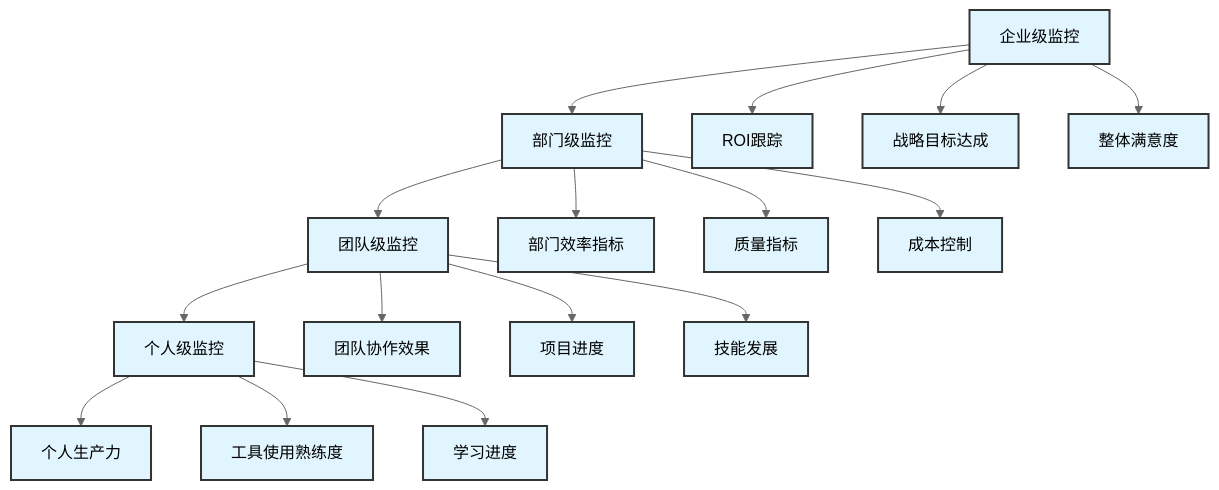
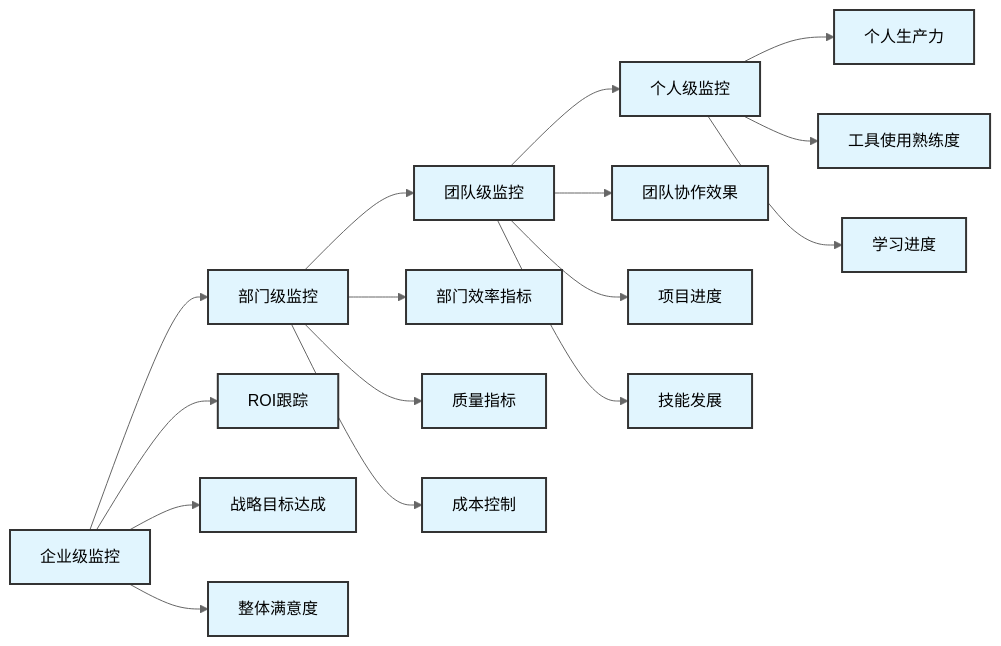
The fourth of 4 diagrams in docs/chapters/13-monitoring-evaluation-continuous-improvement.md (Coldplay-now/ai-ide-guide-core), drawn with Mermaid (neutral theme) before and after one commit. The commit also changed 12 other files, not shown here.

````diff
--- a/docs/chapters/13-monitoring-evaluation-continuous-improvement.md
+++ b/docs/chapters/13-monitoring-evaluation-continuous-improvement.md
@@ -2551,23 +2551,23 @@
 ```mermaid
-graph TB
+graph LR
     A[企业级监控] --> B[部门级监控]
     B --> C[团队级监控]
     C --> D[个人级监控]
     A --> A1[ROI跟踪]
     A --> A2[战略目标达成]
     A --> A3[整体满意度]
     B --> B1[部门效率指标]
     B --> B2[质量指标]
     B --> B3[成本控制]
     C --> C1[团队协作效果]
     C --> C2[项目进度]
     C --> C3[技能发展]
     D --> D1[个人生产力]
     D --> D2[工具使用熟练度]
     D --> D3[学习进度]
 %% Standard styling
 classDef default fill:#e1f5fe,stroke:#333,stroke-width:2px
 classDef highlight fill:#bbdefb,stroke:#333,stroke-width:3px
 classDef process fill:#90caf9,stroke:#333,stroke-width:2px
 classDef decision fill:#64b5f6,stroke:#333,stroke-width:2px
 ```
````
